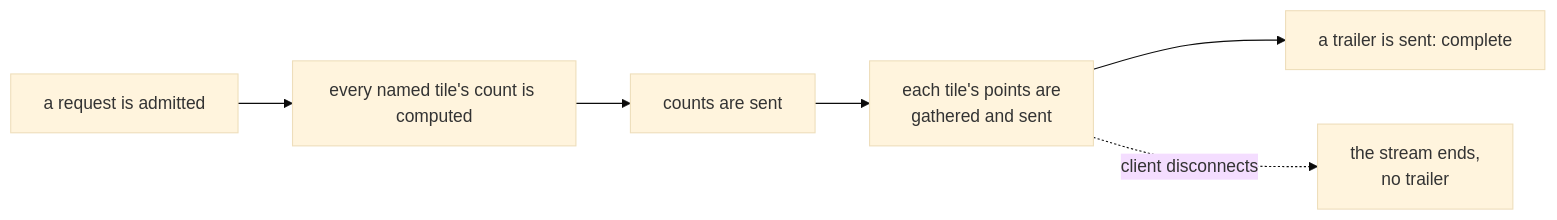
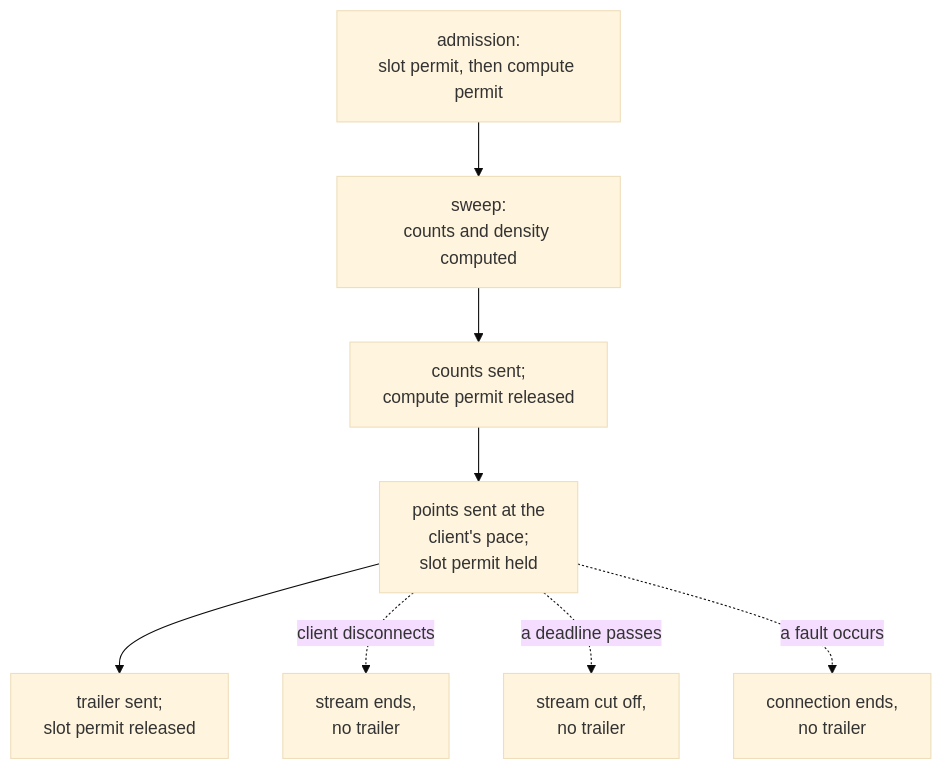
The diagram in docs/system/serving.md (jennis0/tesseradb), drawn with Mermaid (base theme) before and after one commit. The commit also changed other lines of this file, not shown here.

````diff
--- a/docs/system/serving.md
+++ b/docs/system/serving.md
@@ -16,8 +96,10 @@
 ```mermaid
-flowchart LR
-  A[a request is admitted] --> B[every named tile's count is computed]
-  B --> C[counts are sent]
-  C --> D[each tile's points are\ngathered and sent]
-  D --> E[a trailer is sent: complete]
-  D -.client disconnects.-> F[the stream ends,\nno trailer]
+flowchart TD
+  A[admission:<br/>slot permit, then compute permit] --> B[sweep:<br/>counts and density computed]
+  B --> C[counts sent;<br/>compute permit released]
+  C --> D[points sent at the<br/>client's pace;<br/>slot permit held]
+  D --> E[trailer sent;<br/>slot permit released]
+  D -.client disconnects.-> X1[stream ends,<br/>no trailer]
+  D -.a deadline passes.-> X2[stream cut off,<br/>no trailer]
+  D -.a fault occurs.-> X3[connection ends,<br/>no trailer]
 ```
````
